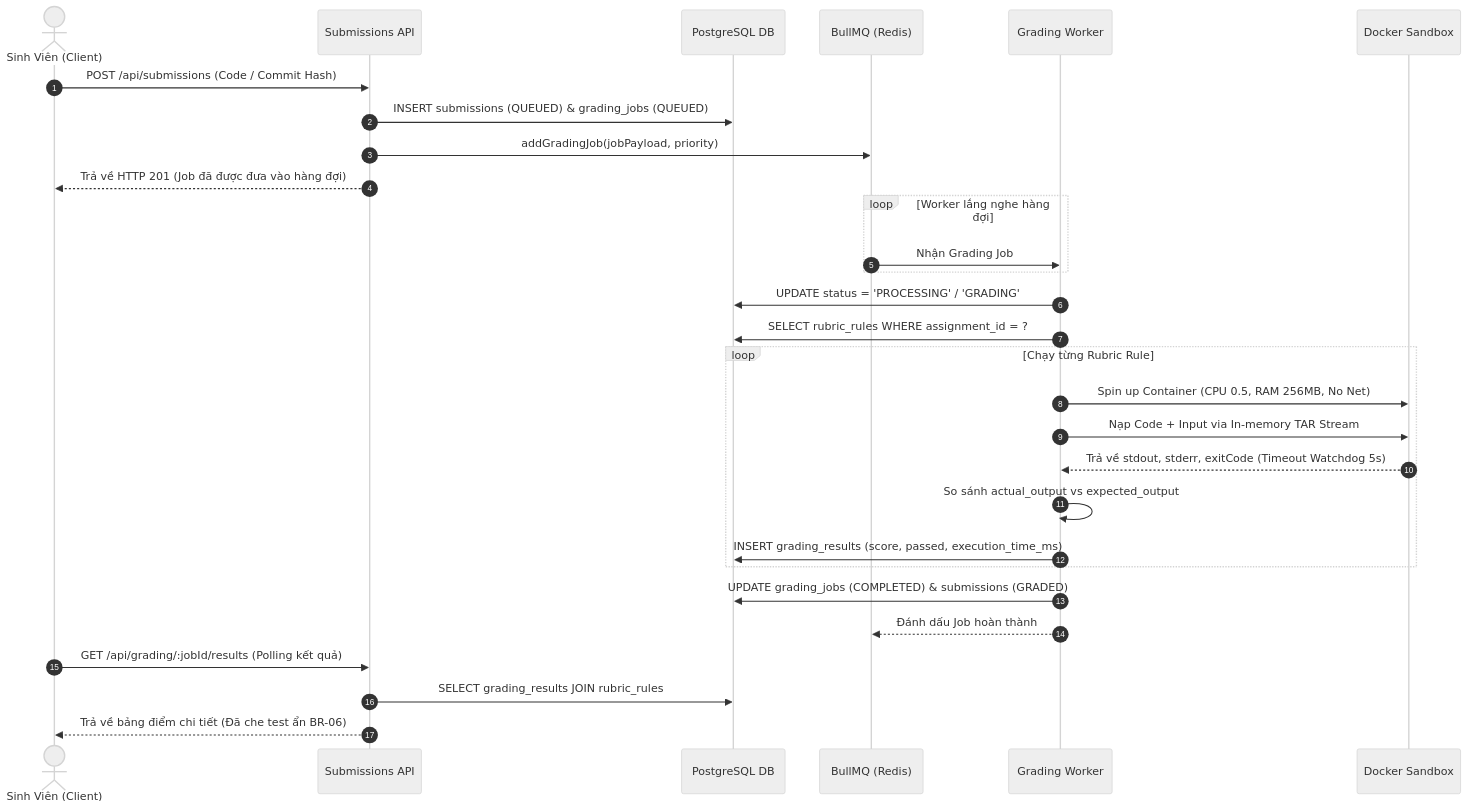
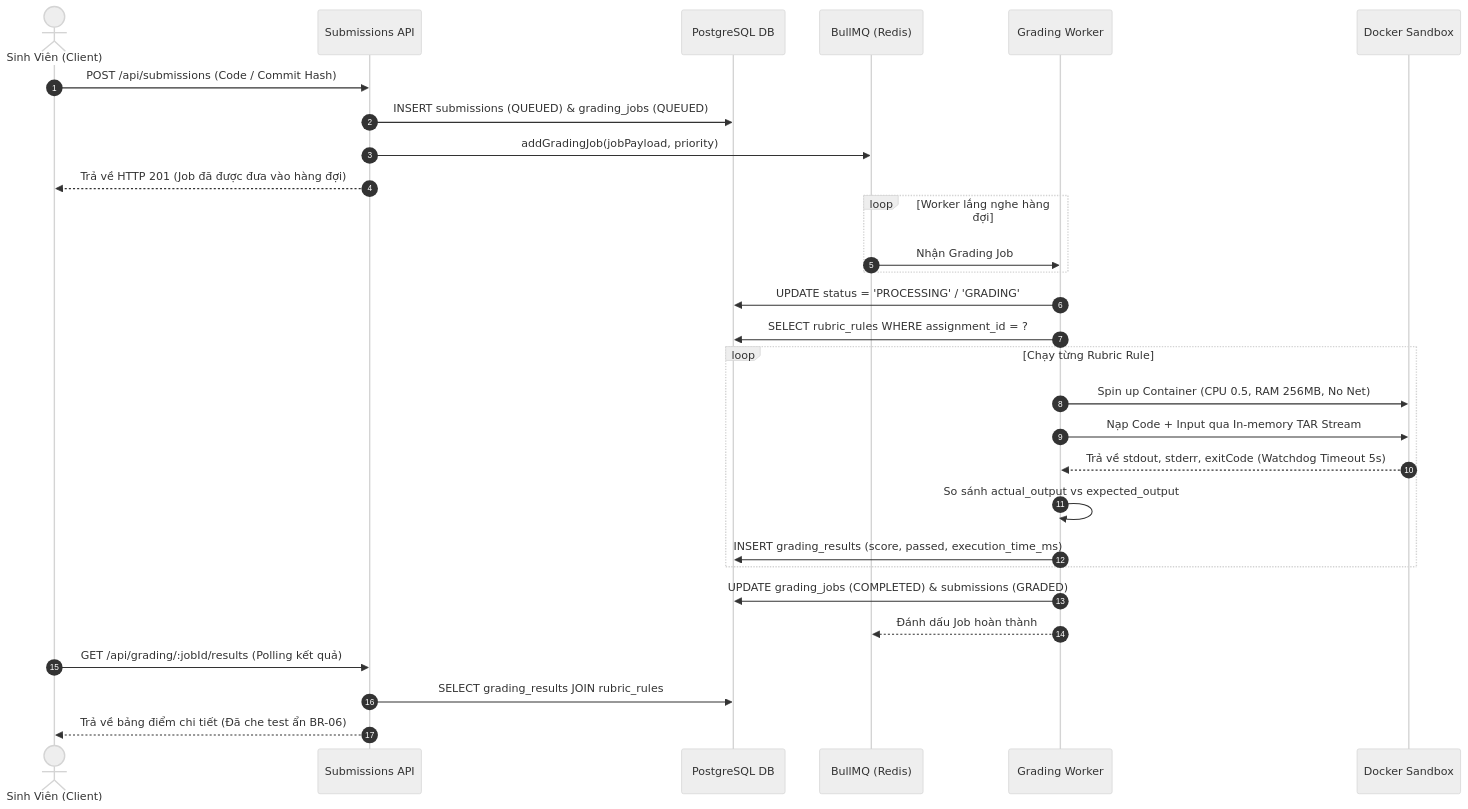
The diagram in docs/thanhvien2.md (min098-ui/SWD392_AITA-Intelligent), drawn with Mermaid (neutral theme) before and after one commit. The commit also changed other lines of this file, not shown here.

Commit message:
docs: complete technical report with video demo timeline and test results

````diff
--- a/docs/thanhvien2.md
+++ b/docs/thanhvien2.md
@@ -48,37 +55,37 @@
 ```mermaid
 sequenceDiagram
     autonumber
     actor SinhVien as Sinh Viên (Client)
     participant API as Submissions API
     participant DB as PostgreSQL DB
     participant Queue as BullMQ (Redis)
     participant Worker as Grading Worker
     participant Sandbox as Docker Sandbox
 
     SinhVien->>API: POST /api/submissions (Code / Commit Hash)
     API->>DB: INSERT submissions (QUEUED) & grading_jobs (QUEUED)
     API->>Queue: addGradingJob(jobPayload, priority)
     API-->>SinhVien: Trả về HTTP 201 (Job đã được đưa vào hàng đợi)
 
     loop Worker lắng nghe hàng đợi
         Queue->>Worker: Nhận Grading Job
     end
 
     Worker->>DB: UPDATE status = 'PROCESSING' / 'GRADING'
     Worker->>DB: SELECT rubric_rules WHERE assignment_id = ?
 
     loop Chạy từng Rubric Rule
         Worker->>Sandbox: Spin up Container (CPU 0.5, RAM 256MB, No Net)
-        Worker->>Sandbox: Nạp Code + Input via In-memory TAR Stream
-        Sandbox-->>Worker: Trả về stdout, stderr, exitCode (Timeout Watchdog 5s)
+        Worker->>Sandbox: Nạp Code + Input qua In-memory TAR Stream
+        Sandbox-->>Worker: Trả về stdout, stderr, exitCode (Watchdog Timeout 5s)
         Worker->>Worker: So sánh actual_output vs expected_output
         Worker->>DB: INSERT grading_results (score, passed, execution_time_ms)
     end
 
     Worker->>DB: UPDATE grading_jobs (COMPLETED) & submissions (GRADED)
     Worker-->>Queue: Đánh dấu Job hoàn thành
 
     SinhVien->>API: GET /api/grading/:jobId/results (Polling kết quả)
     API->>DB: SELECT grading_results JOIN rubric_rules
     API-->>SinhVien: Trả về bảng điểm chi tiết (Đã che test ẩn BR-06)
 ```
````
